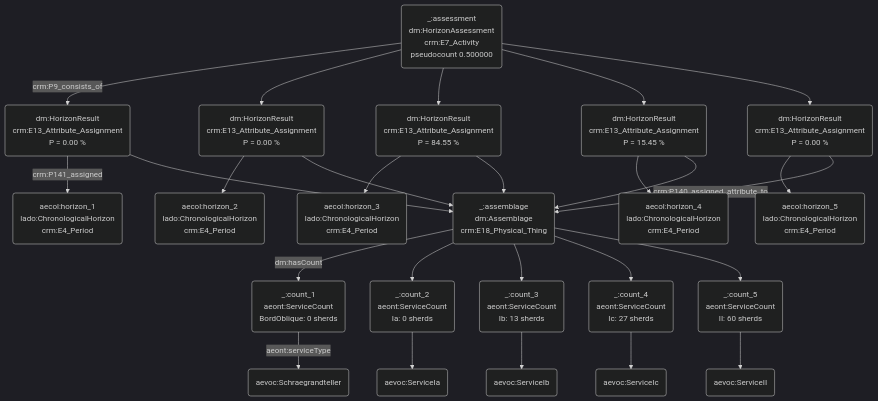
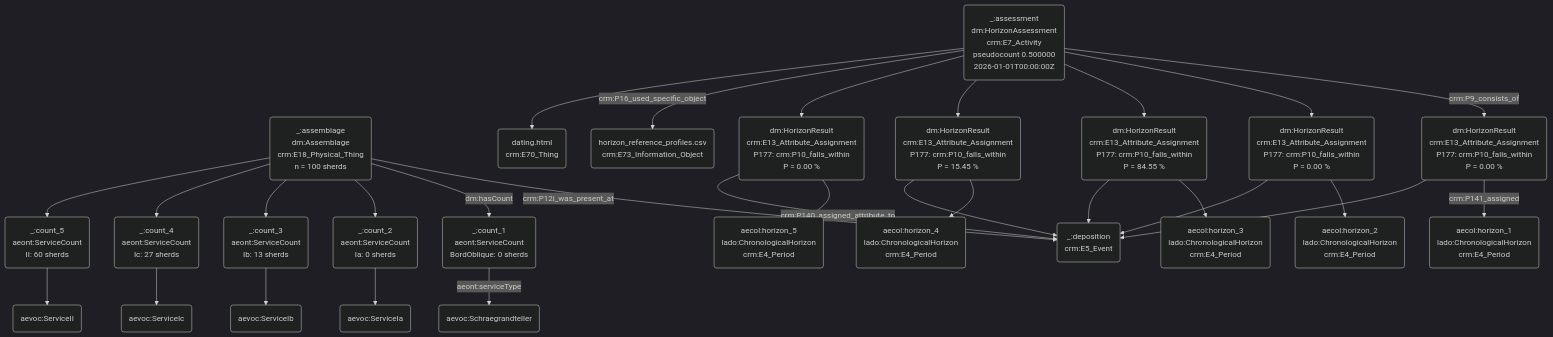
One commit to leiza-scit/CAA2026-alligator changed the diagram in cfm/dmgraph/example/example.mmd. Above: the diagram before and after it, drawn with Mermaid (dark theme). The commit also changed 18 other files, not shown here.

First line of the commit message:
Dating machine: dm# namespace, deposition event with P177, provenance, new views

```diff
--- a/cfm/dmgraph/example/example.mmd
+++ b/cfm/dmgraph/example/example.mmd
@@ -1,51 +1,57 @@
 flowchart TB;
-asm("_:assemblage<br/>dm:Assemblage<br/>crm:E18_Physical_Thing");
+asm("_:assemblage<br/>dm:Assemblage<br/>crm:E18_Physical_Thing<br/>n = 100 sherds");
+dep("_:deposition<br/>crm:E5_Event");
 c1("_:count_1<br/>aeont:ServiceCount<br/>BordOblique: 0 sherds");
 c2("_:count_2<br/>aeont:ServiceCount<br/>Ia: 0 sherds");
 c3("_:count_3<br/>aeont:ServiceCount<br/>Ib: 13 sherds");
 c4("_:count_4<br/>aeont:ServiceCount<br/>Ic: 27 sherds");
 c5("_:count_5<br/>aeont:ServiceCount<br/>II: 60 sherds");
 s1("aevoc:Schraegrandteller");
 s2("aevoc:ServiceIa");
 s3("aevoc:ServiceIb");
 s4("aevoc:ServiceIc");
 s5("aevoc:ServiceII");
-asx("_:assessment<br/>dm:HorizonAssessment<br/>crm:E7_Activity<br/>pseudocount 0.500000");
-r1("dm:HorizonResult<br/>crm:E13_Attribute_Assignment<br/>P = 0.00 %");
-r2("dm:HorizonResult<br/>crm:E13_Attribute_Assignment<br/>P = 0.00 %");
-r3("dm:HorizonResult<br/>crm:E13_Attribute_Assignment<br/>P = 84.55 %");
-r4("dm:HorizonResult<br/>crm:E13_Attribute_Assignment<br/>P = 15.45 %");
-r5("dm:HorizonResult<br/>crm:E13_Attribute_Assignment<br/>P = 0.00 %");
+asx("_:assessment<br/>dm:HorizonAssessment<br/>crm:E7_Activity<br/>pseudocount 0.500000<br/>2026-01-01T00:00:00Z");
+rf("horizon_reference_profiles.csv<br/>crm:E73_Information_Object");
+sw("dating.html<br/>crm:E70_Thing");
+r1("dm:HorizonResult<br/>crm:E13_Attribute_Assignment<br/>P177: crm:P10_falls_within<br/>P = 0.00 %");
+r2("dm:HorizonResult<br/>crm:E13_Attribute_Assignment<br/>P177: crm:P10_falls_within<br/>P = 0.00 %");
+r3("dm:HorizonResult<br/>crm:E13_Attribute_Assignment<br/>P177: crm:P10_falls_within<br/>P = 84.55 %");
+r4("dm:HorizonResult<br/>crm:E13_Attribute_Assignment<br/>P177: crm:P10_falls_within<br/>P = 15.45 %");
+r5("dm:HorizonResult<br/>crm:E13_Attribute_Assignment<br/>P177: crm:P10_falls_within<br/>P = 0.00 %");
 h1("aecol:horizon_1<br/>lado:ChronologicalHorizon<br/>crm:E4_Period");
 h2("aecol:horizon_2<br/>lado:ChronologicalHorizon<br/>crm:E4_Period");
 h3("aecol:horizon_3<br/>lado:ChronologicalHorizon<br/>crm:E4_Period");
 h4("aecol:horizon_4<br/>lado:ChronologicalHorizon<br/>crm:E4_Period");
 h5("aecol:horizon_5<br/>lado:ChronologicalHorizon<br/>crm:E4_Period");
 asx -- "crm:P9_consists_of" --> r1;
 asx --> r2;
 asx --> r3;
 asx --> r4;
 asx --> r5;
+asx -- "crm:P16_used_specific_object" --> rf;
+asx --> sw;
 r1 -- "crm:P141_assigned" --> h1;
 r2 --> h2;
 r3 --> h3;
 r4 --> h4;
 r5 --> h5;
-r1 --> asm;
-r2 --> asm;
-r3 --> asm;
-r4 --> asm;
-r5 -- "crm:P140_assigned_attribute_to" --> asm;
+r1 --> dep;
+r2 --> dep;
+r3 --> dep;
+r4 --> dep;
+r5 -- "crm:P140_assigned_attribute_to" --> dep;
+asm -- "crm:P12i_was_present_at" --> dep;
 asm -- "dm:hasCount" --> c1;
 asm --> c2;
 asm --> c3;
 asm --> c4;
 asm --> c5;
 c1 -- "aeont:serviceType" --> s1;
 c2 --> s2;
 c3 --> s3;
 c4 --> s4;
 c5 --> s5;
-class asm,asx,c1,c2,c3,c4,c5,r1,r2,r3,r4,r5,h1,h2,h3,h4,h5 ent;
+class asm,dep,asx,rf,sw,c1,c2,c3,c4,c5,r1,r2,r3,r4,r5,h1,h2,h3,h4,h5 ent;
 class s1,s2,s3,s4,s5 term;
 class r3,h3 best;
```
